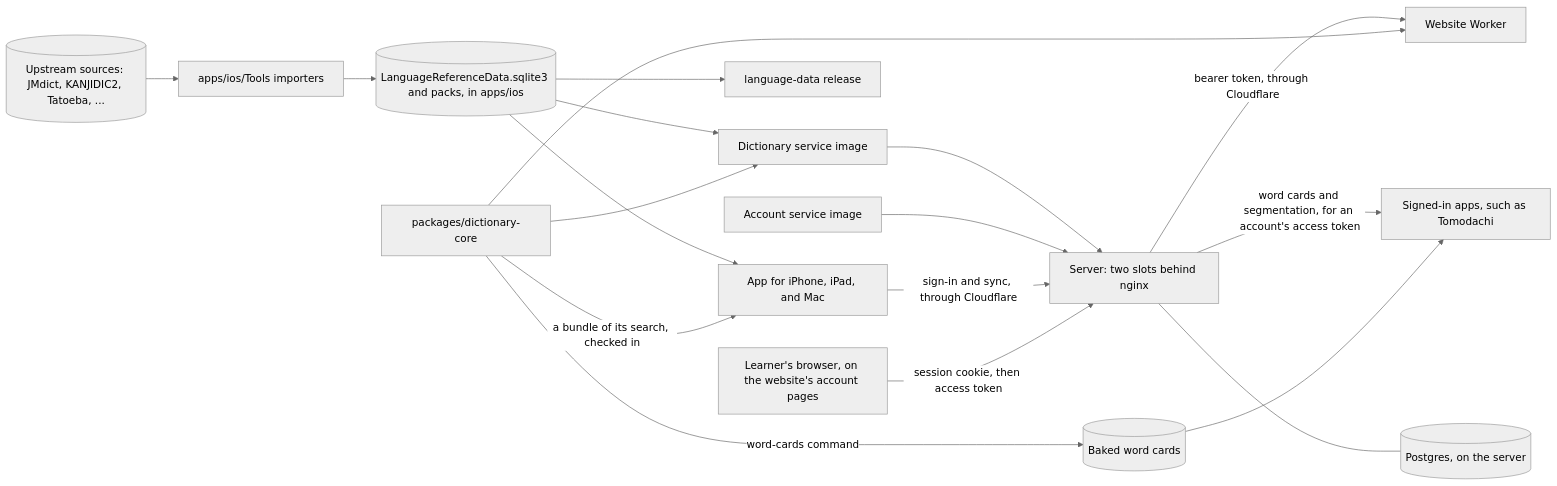
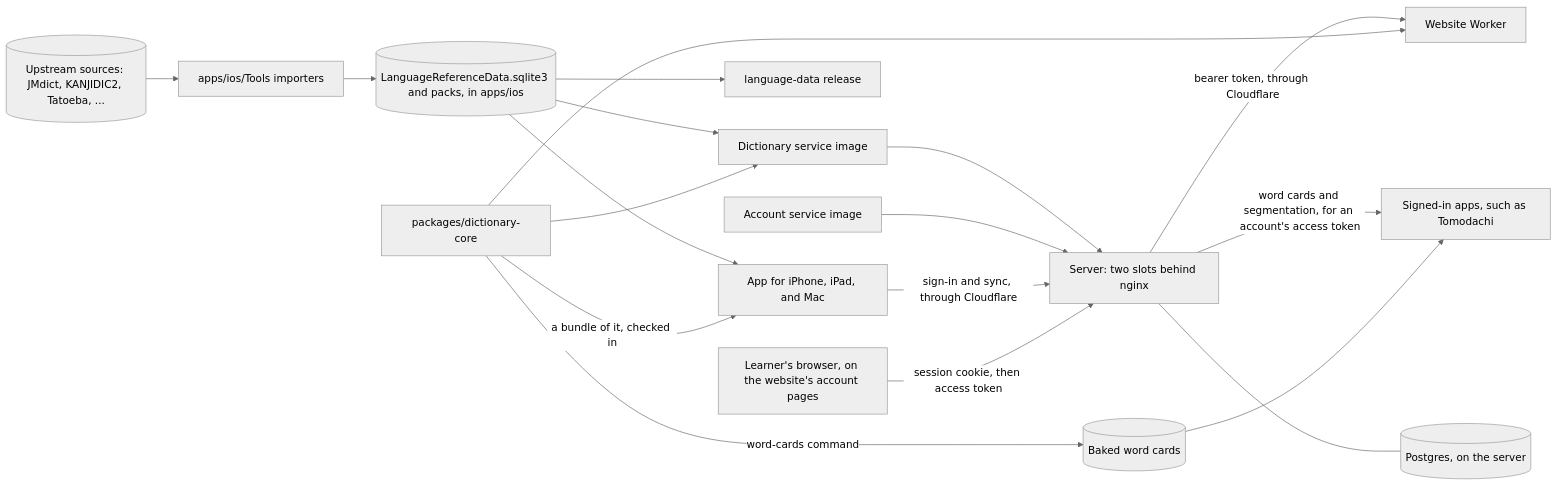
The diagram in ARCHITECTURE.md (serpcompany/zenbujapanese-monorepo), drawn with Mermaid (neutral theme) before and after one commit. The commit also changed other lines of this file and 104 other files, not shown here.

First line of the commit message:
Run every dictionary screen in the app on the shared core

````diff
--- a/ARCHITECTURE.md
+++ b/ARCHITECTURE.md
@@ -22,20 +22,20 @@
 ```mermaid
 flowchart LR
     Sources[("Upstream sources: JMdict, KANJIDIC2, Tatoeba, ...")] --> Tools["apps/ios/Tools importers"]
     Tools --> Data[("LanguageReferenceData.sqlite3 and packs, in apps/ios")]
     Data --> App["App for iPhone, iPad, and Mac"]
     Data --> Release["language-data release"]
     Data --> Image["Dictionary service image"]
     Core["packages/dictionary-core"] --> Image
-    Core -->|"a bundle of its search, checked in"| App
+    Core -->|"a bundle of it, checked in"| App
     Image --> Server["Server: two slots behind nginx"]
     Server -->|"bearer token, through Cloudflare"| Site["Website Worker"]
     Server -->|"word cards and segmentation, for an account's access token"| Apps["Signed-in apps, such as Tomodachi"]
     Core --> Site
     Core -->|"word-cards command"| Cards[("Baked word cards")]
     Cards --> Apps
     Accounts["Account service image"] --> Server
     App -->|"sign-in and sync, through Cloudflare"| Server
     Server --- Postgres[("Postgres, on the server")]
     Browser["Learner's browser, on the website's account pages"] -->|"session cookie, then access token"| Server
 ```
````
